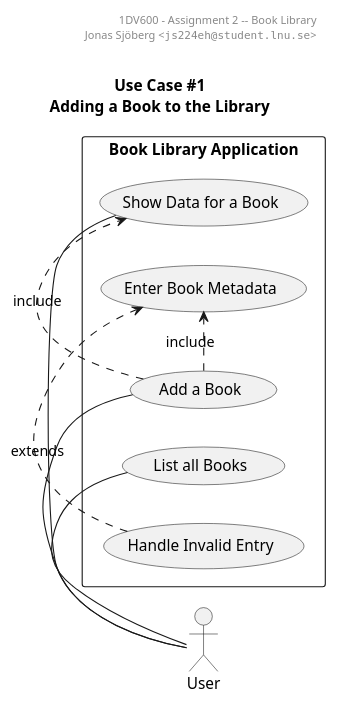
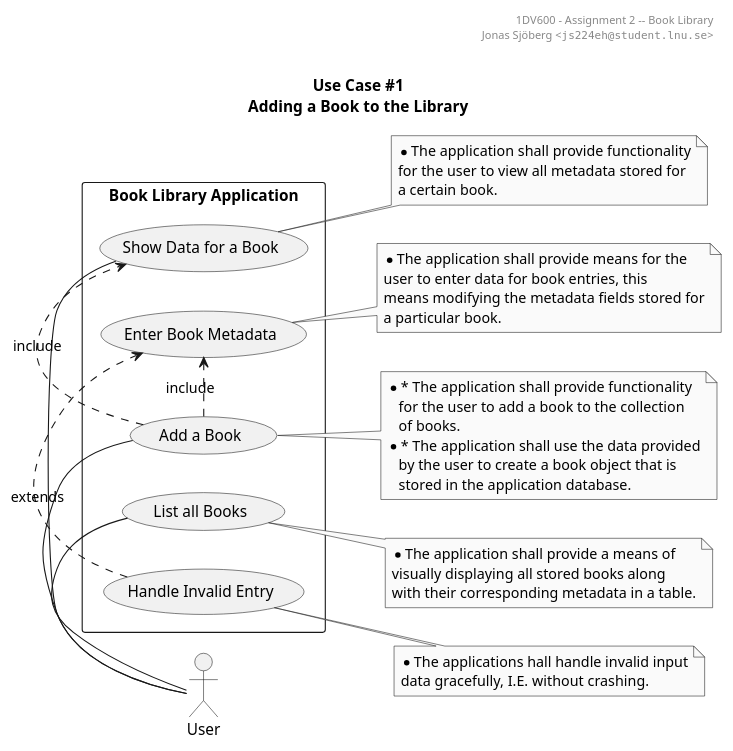
The diagram in doc/uml-use-case-1.puml (jonasjberg/1dv600_lab), drawn with PlantUML before and after one commit. The commit also changed 1 other file, not shown here.

Commit message:
Update UML diagram for use case #1..

```diff
--- a/doc/uml-use-case-1.puml
+++ b/doc/uml-use-case-1.puml
@@ -11,91 +11,78 @@
 @startuml
 ' ______________________________________________________________________________
 ' ____ CONFIGURATION OPTIONS ___________________________________________________
 ' debug flag creates a 'svek.dot' and 'svek.svg' file in ~/
 ' !pragma svek_trace on
 
 skinparam {
     monochrome true
     backgroundColor transparent
     classBackgroundColor transparent
     'style strictuml
 }
 
 ' ______________________________________________________________________________
 ' ____ USECASE DIAGRAM _________________________________________________________
 
 header
 1DV600 - Assignment 2 -- Book Library
 Jonas Sjöberg <""js224eh@student.lnu.se"">
 end header
 
 title \nUse Case #1\nAdding a Book to the Library
 
 :User: as User
 
 rectangle "Book Library Application" {
     (Handle Invalid Entry)          as (HandleInvalidEntry)
     (Add a Book)                    as (AddBook)
     (Enter Book Metadata)           as (EnterMetadata)
     (List all Books)                as (ListBooks)
     (Show Data for a Book)          as (ShowBookData)
 
     left to right direction
     User - AddBook
     User - ShowBookData
     User - ListBooks
 
 
     (AddBook) .> (EnterMetadata) : include
     (AddBook) .> (ShowBookData) : include
     (HandleInvalidEntry) .> (EnterMetadata) : extends
     ' (EnterMetadata) .> (ShowBookData) : include
 }
 
-/'
 note right of AddBook
 * * The application shall provide functionality
    for the user to add a book to the collection
    of books.
 * * The application shall use the data provided
    by the user to create a book object that is
    stored in the application database.
 end note
-'/
 
-/'
-note right of ModifyBook
+note right of EnterMetadata
 * The application shall provide means for the
-user to modify a previously entered book, this
+user to enter data for book entries, this
 means modifying the metadata fields stored for
-this particular book.
+a particular book.
 end note
-'/
 
-/'
-note right of RemoveBook
-* * The application shall provide functionality
-   for the user to remove a book.
-* * The application shall remove the corresponding
-   book entry from the application database.
+note right of HandleInvalidEntry
+* The applications hall handle invalid input
+data gracefully, I.E. without crashing.
 end note
-'/
 
-/'
 note right of ListBooks
 * The application shall provide a means of
 visually displaying all stored books along
 with their corresponding metadata in a table.
 end note
-'/
 
-/'
 note right of ShowBookData
-* * The application shall provide functionality
-   for the user to view all metadata stored for
-   a certain book.
-* * This view is used for "Modify existing Book".
+* The application shall provide functionality
+for the user to view all metadata stored for
+a certain book.
 end note
-'/
 
 @enduml
```
